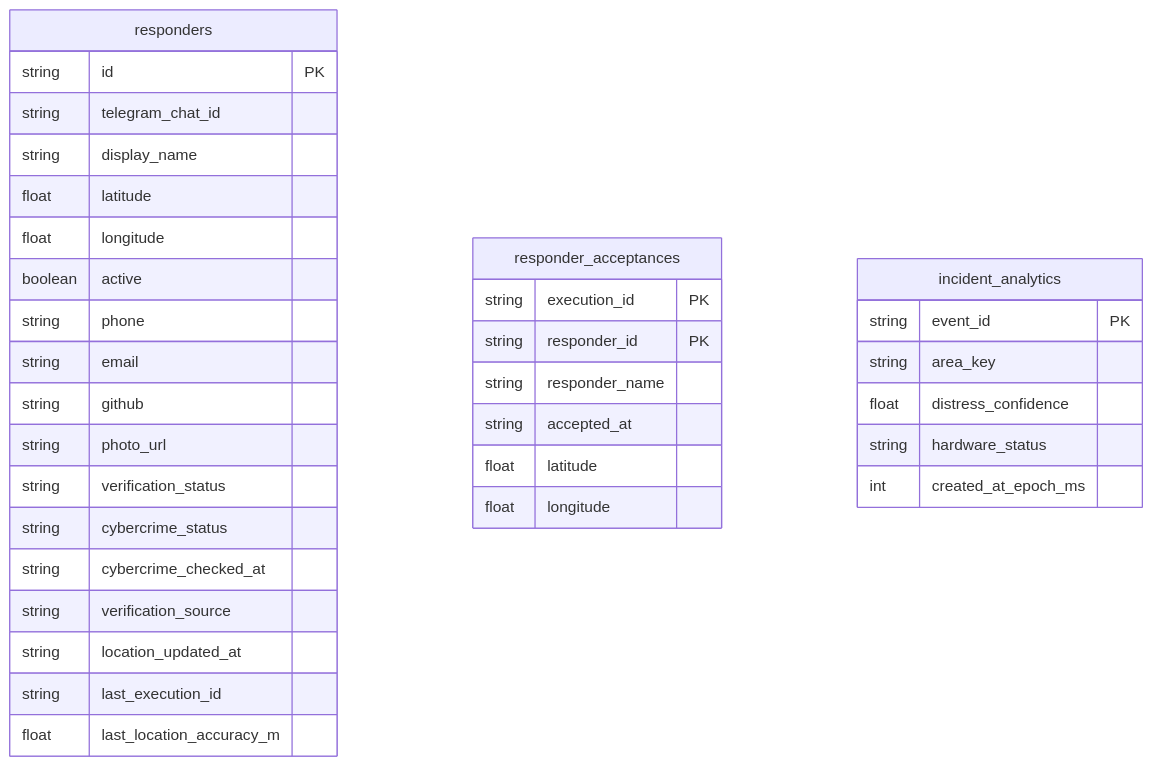
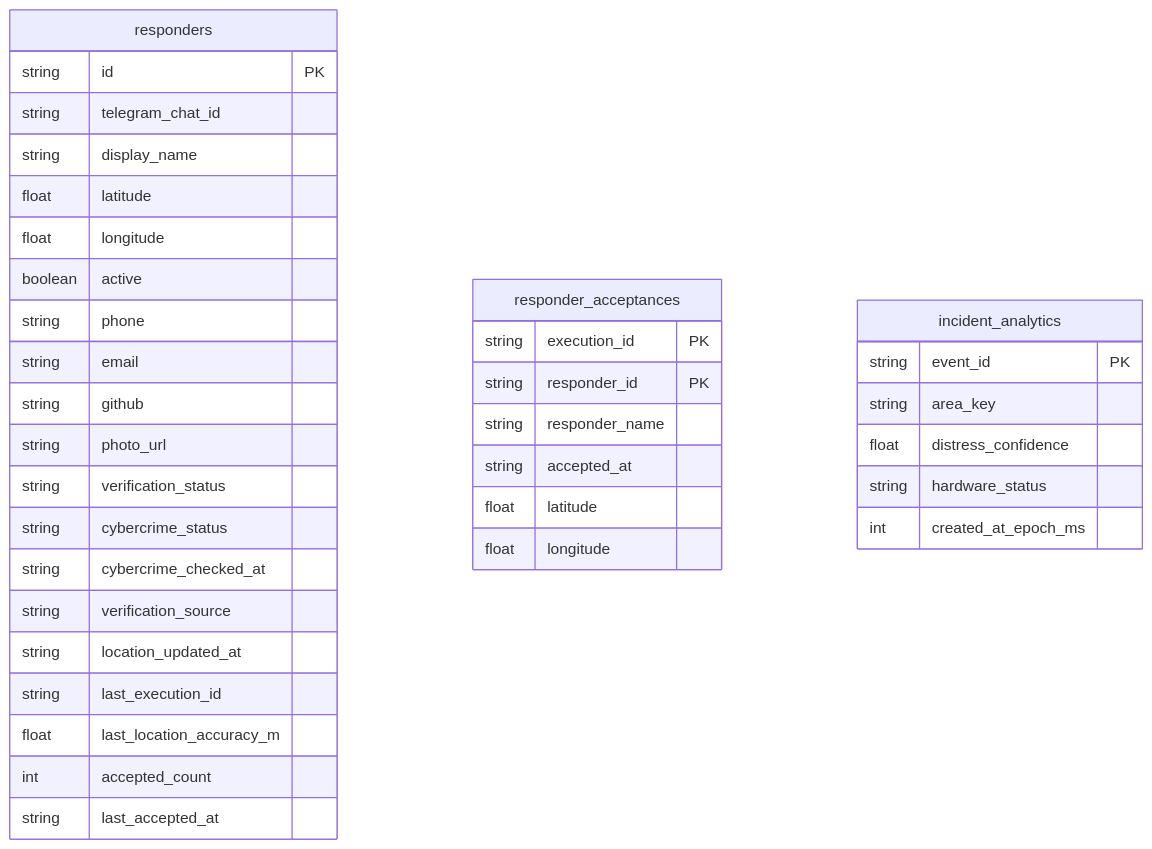
The sixth of 6 diagrams in technical.md (FiscalMindset/women), drawn with Mermaid before and after one commit. The commit also changed other lines of this file and 13 other files, not shown here.

````diff
--- a/technical.md
+++ b/technical.md
@@ -137,39 +139,41 @@
 ```mermaid
 erDiagram
   responders {
     string id PK
     string telegram_chat_id
     string display_name
     float latitude
     float longitude
     boolean active
     string phone
     string email
     string github
     string photo_url
     string verification_status
     string cybercrime_status
     string cybercrime_checked_at
     string verification_source
     string location_updated_at
     string last_execution_id
     float last_location_accuracy_m
+    int accepted_count
+    string last_accepted_at
   }
 
   responder_acceptances {
     string execution_id PK
     string responder_id PK
     string responder_name
     string accepted_at
     float latitude
     float longitude
   }
 
   incident_analytics {
     string event_id PK
     string area_key
     float distress_confidence
     string hardware_status
     int created_at_epoch_ms
   }
 ```
````
